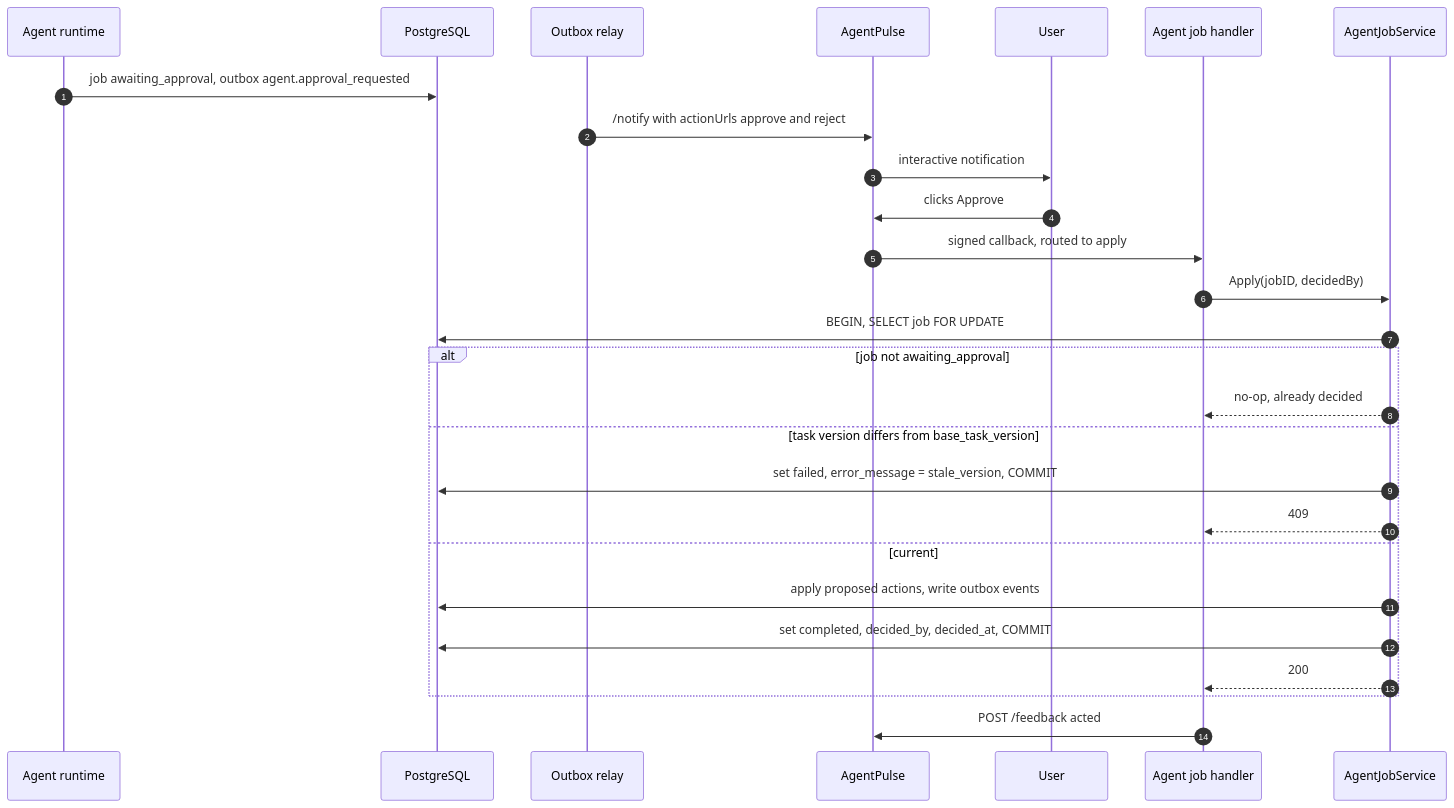
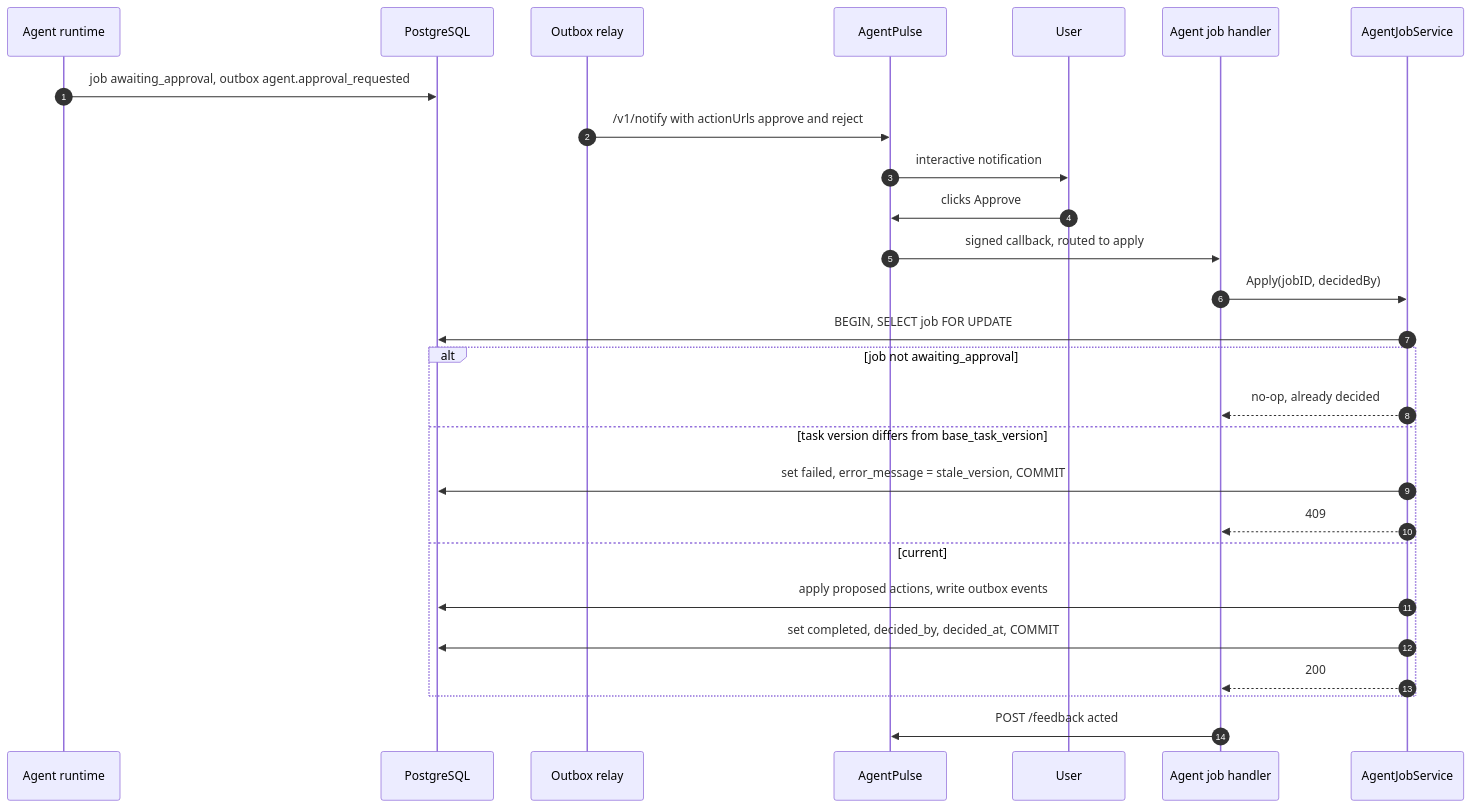
The ninth of 23 diagrams in docs/architecture.md (rtrtarun/taskify), drawn with Mermaid before and after one commit. The commit also changed other lines of this file and 4 other files, not shown here.

````diff
--- a/docs/architecture.md
+++ b/docs/architecture.md
@@ -342,30 +342,30 @@
 ```mermaid
 sequenceDiagram
     autonumber
     participant RT as Agent runtime
     participant DB as PostgreSQL
     participant R as Outbox relay
     participant AP as AgentPulse
     participant U as User
     participant H as Agent job handler
     participant J as AgentJobService
 
     RT->>DB: job awaiting_approval, outbox agent.approval_requested
-    R->>AP: /notify with actionUrls approve and reject
+    R->>AP: /v1/notify with actionUrls approve and reject
     AP->>U: interactive notification
     U->>AP: clicks Approve
     AP->>H: signed callback, routed to apply
     H->>J: Apply(jobID, decidedBy)
     J->>DB: BEGIN, SELECT job FOR UPDATE
     alt job not awaiting_approval
         J-->>H: no-op, already decided
     else task version differs from base_task_version
         J->>DB: set failed, error_message = stale_version, COMMIT
         J-->>H: 409
     else current
         J->>DB: apply proposed actions, write outbox events
         J->>DB: set completed, decided_by, decided_at, COMMIT
         J-->>H: 200
     end
     H->>AP: POST /feedback acted
 ```
````
